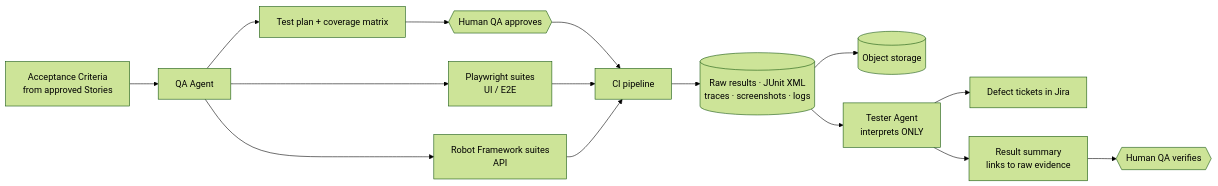
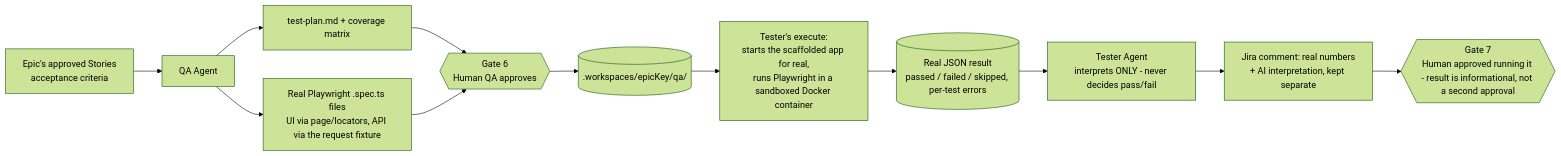
The tenth of 12 diagrams in docs/ARCHITECTURE.md (HasithaErandika/aura), drawn with Mermaid (forest theme) before and after one commit. The commit also changed other lines of this file and 13 other files, not shown here.

````diff
--- a/docs/ARCHITECTURE.md
+++ b/docs/ARCHITECTURE.md
@@ -596,17 +635,15 @@
 ```mermaid
 flowchart LR
-    AC[Acceptance Criteria<br/>from approved Stories] --> QA_A[QA Agent]
-    QA_A --> TP[Test plan + coverage matrix]
-    QA_A --> UI_S[Playwright suites<br/>UI / E2E]
-    QA_A --> API_S[Robot Framework suites<br/>API]
-    TP --> G5{{Human QA approves}}
-    G5 --> CI[CI pipeline]
-    UI_S --> CI
-    API_S --> CI
-    CI --> RES[(Raw results · JUnit XML<br/>traces · screenshots · logs)]
-    RES --> STO[(Object storage)]
-    RES --> TS_A[Tester Agent<br/>interprets ONLY]
-    TS_A --> DEF[Defect tickets in Jira]
-    TS_A --> RPT[Result summary<br/>links to raw evidence]
-    RPT --> G6{{Human QA verifies}}
+    AC[Epic's approved Stories<br/>acceptance criteria] --> QA_A[QA Agent]
+    QA_A --> TP[test-plan.md + coverage matrix]
+    QA_A --> SPECS[Real Playwright .spec.ts files<br/>UI via page/locators, API via the request fixture]
+    TP --> G6{{Gate 6<br/>Human QA approves}}
+    SPECS --> G6
+    G6 --> FILED[(.workspaces/epicKey/qa/)]
+
+    FILED --> RUN[Tester's execute:<br/>starts the scaffolded app for real,<br/>runs Playwright in a sandboxed Docker container]
+    RUN --> RES[(Real JSON result<br/>passed / failed / skipped, per-test errors)]
+    RES --> TS_A[Tester Agent<br/>interprets ONLY - never decides pass/fail]
+    TS_A --> RPT[Jira comment: real numbers<br/>+ AI interpretation, kept separate]
+    RPT --> G7{{Gate 7<br/>Human approved running it - result is informational, not a second approval}}
 ```
````
